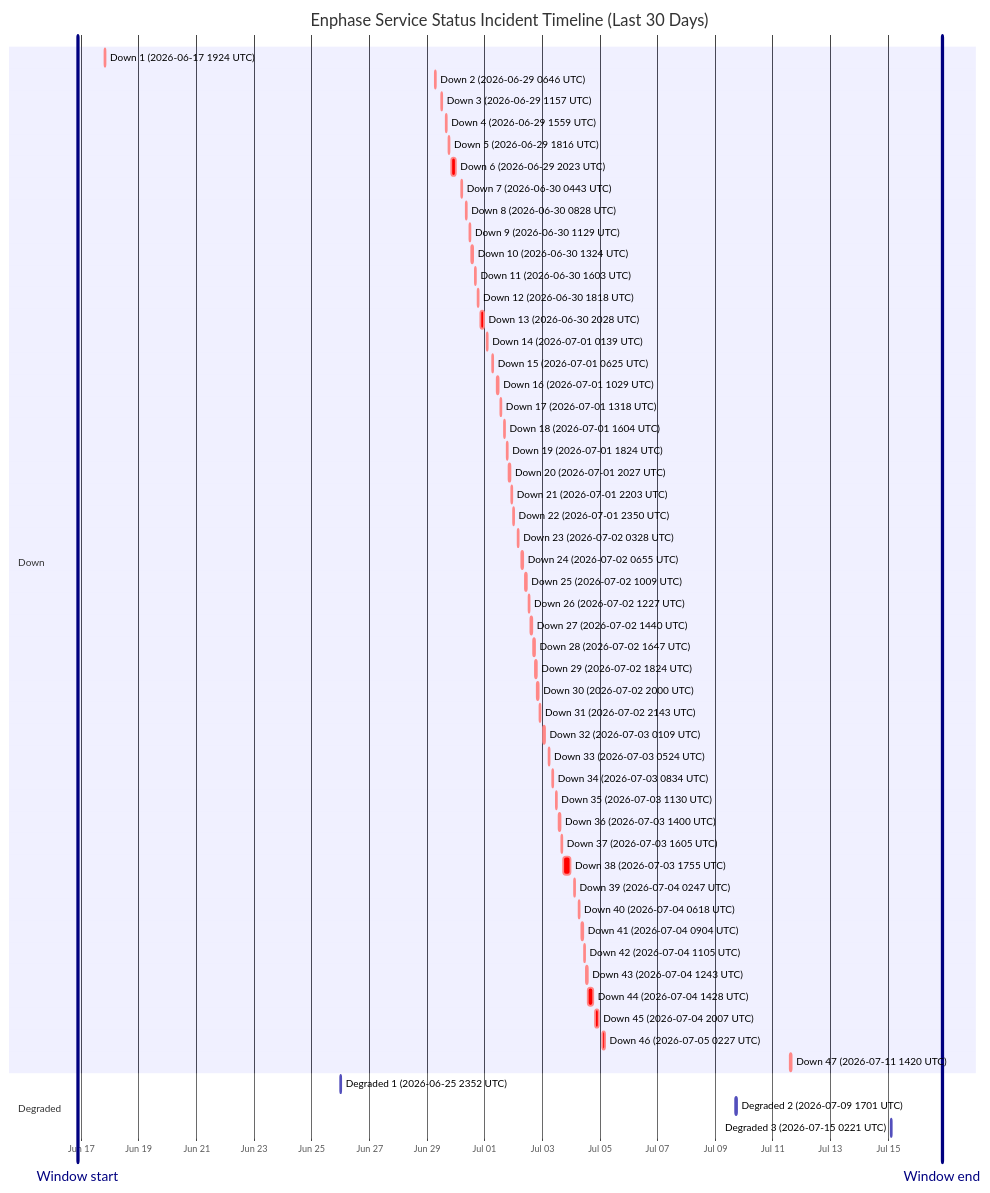
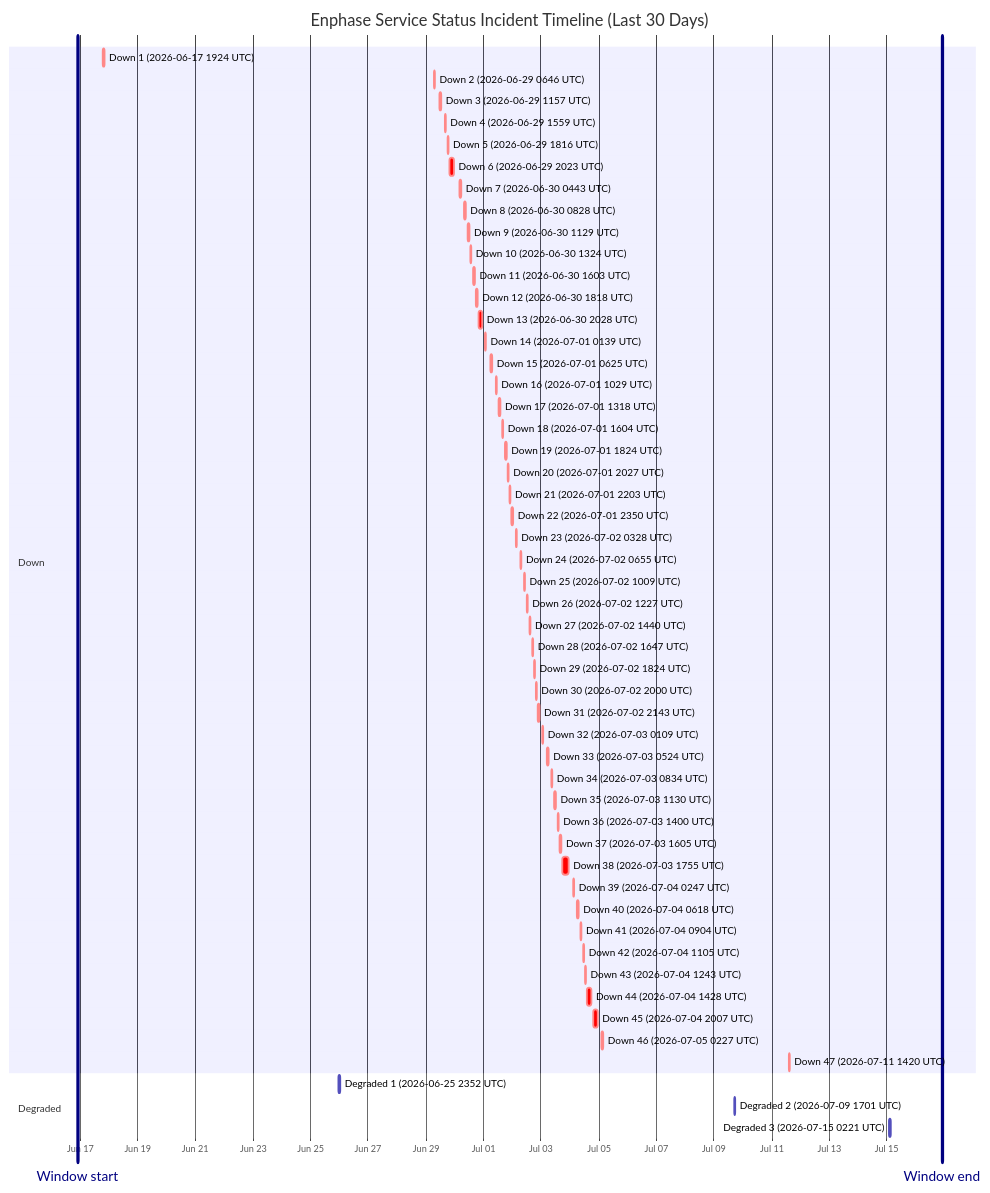
Before and after one commit to barneyonline/ha-enphase-energy: the diagram in wiki/Service-Status-History.md, drawn with Mermaid. The commit also changed other lines of this file and 3 other files, not shown here.

````diff
--- a/wiki/Service-Status-History.md
+++ b/wiki/Service-Status-History.md
@@ -14,60 +14,60 @@
 ```mermaid
 gantt
     title Enphase Service Status Incident Timeline (Last 30 Days)
     dateFormat  YYYY-MM-DDTHH:mm:ss
     axisFormat  %b %d
-    Window start :vert, window-start, 2026-06-16T20:55:19, 0ms
-    Window end :vert, window-end, 2026-07-16T20:55:19, 0ms
+    Window start :vert, window-start, 2026-06-16T22:02:39, 0ms
+    Window end :vert, window-end, 2026-07-16T22:02:39, 0ms
     section Down
     Down 1 (2026-06-17 1924 UTC) :crit, down-1, 2026-06-17T19:24:51, 60m
     Down 2 (2026-06-29 0646 UTC) :crit, down-2, 2026-06-29T06:46:18, 60m
     Down 3 (2026-06-29 1157 UTC) :crit, down-3, 2026-06-29T11:57:36, 60m
     Down 4 (2026-06-29 1559 UTC) :crit, down-4, 2026-06-29T15:59:02, 60m
     Down 5 (2026-06-29 1816 UTC) :crit, down-5, 2026-06-29T18:16:38, 60m
     Down 6 (2026-06-29 2023 UTC) :crit, down-6, 2026-06-29T20:23:16, 220m
     Down 7 (2026-06-30 0443 UTC) :crit, down-7, 2026-06-30T04:43:54, 60m
     Down 8 (2026-06-30 0828 UTC) :crit, down-8, 2026-06-30T08:28:43, 60m
     Down 9 (2026-06-30 1129 UTC) :crit, down-9, 2026-06-30T11:29:15, 60m
     Down 10 (2026-06-30 1324 UTC) :crit, down-10, 2026-06-30T13:24:25, 60m
     Down 11 (2026-06-30 1603 UTC) :crit, down-11, 2026-06-30T16:03:26, 60m
     Down 12 (2026-06-30 1818 UTC) :crit, down-12, 2026-06-30T18:18:39, 60m
     Down 13 (2026-06-30 2028 UTC) :crit, down-13, 2026-06-30T20:28:54, 171m
     Down 14 (2026-07-01 0139 UTC) :crit, down-14, 2026-07-01T01:39:18, 60m
     Down 15 (2026-07-01 0625 UTC) :crit, down-15, 2026-07-01T06:25:35, 60m
     Down 16 (2026-07-01 1029 UTC) :crit, down-16, 2026-07-01T10:29:24, 60m
     Down 17 (2026-07-01 1318 UTC) :crit, down-17, 2026-07-01T13:18:31, 60m
     Down 18 (2026-07-01 1604 UTC) :crit, down-18, 2026-07-01T16:04:29, 60m
     Down 19 (2026-07-01 1824 UTC) :crit, down-19, 2026-07-01T18:24:21, 60m
     Down 20 (2026-07-01 2027 UTC) :crit, down-20, 2026-07-01T20:27:17, 60m
     Down 21 (2026-07-01 2203 UTC) :crit, down-21, 2026-07-01T22:03:46, 60m
     Down 22 (2026-07-01 2350 UTC) :crit, down-22, 2026-07-01T23:50:52, 60m
     Down 23 (2026-07-02 0328 UTC) :crit, down-23, 2026-07-02T03:28:33, 60m
     Down 24 (2026-07-02 0655 UTC) :crit, down-24, 2026-07-02T06:55:07, 60m
     Down 25 (2026-07-02 1009 UTC) :crit, down-25, 2026-07-02T10:09:15, 60m
     Down 26 (2026-07-02 1227 UTC) :crit, down-26, 2026-07-02T12:27:49, 60m
     Down 27 (2026-07-02 1440 UTC) :crit, down-27, 2026-07-02T14:40:53, 60m
     Down 28 (2026-07-02 1647 UTC) :crit, down-28, 2026-07-02T16:47:47, 60m
     Down 29 (2026-07-02 1824 UTC) :crit, down-29, 2026-07-02T18:24:26, 60m
     Down 30 (2026-07-02 2000 UTC) :crit, down-30, 2026-07-02T20:00:57, 60m
     Down 31 (2026-07-02 2143 UTC) :crit, down-31, 2026-07-02T21:43:52, 80m
     Down 32 (2026-07-03 0109 UTC) :crit, down-32, 2026-07-03T01:09:19, 60m
     Down 33 (2026-07-03 0524 UTC) :crit, down-33, 2026-07-03T05:24:23, 60m
     Down 34 (2026-07-03 0834 UTC) :crit, down-34, 2026-07-03T08:34:05, 60m
     Down 35 (2026-07-03 1130 UTC) :crit, down-35, 2026-07-03T11:30:41, 60m
     Down 36 (2026-07-03 1400 UTC) :crit, down-36, 2026-07-03T14:00:48, 60m
     Down 37 (2026-07-03 1605 UTC) :crit, down-37, 2026-07-03T16:05:49, 60m
     Down 38 (2026-07-03 1755 UTC) :crit, down-38, 2026-07-03T17:55:54, 338m
     Down 39 (2026-07-04 0247 UTC) :crit, down-39, 2026-07-04T02:47:22, 60m
     Down 40 (2026-07-04 0618 UTC) :crit, down-40, 2026-07-04T06:18:09, 60m
     Down 41 (2026-07-04 0904 UTC) :crit, down-41, 2026-07-04T09:04:41, 60m
     Down 42 (2026-07-04 1105 UTC) :crit, down-42, 2026-07-04T11:05:21, 60m
     Down 43 (2026-07-04 1243 UTC) :crit, down-43, 2026-07-04T12:43:25, 60m
     Down 44 (2026-07-04 1428 UTC) :crit, down-44, 2026-07-04T14:28:07, 243m
     Down 45 (2026-07-04 2007 UTC) :crit, down-45, 2026-07-04T20:07:50, 206m
     Down 46 (2026-07-05 0227 UTC) :crit, down-46, 2026-07-05T02:27:32, 109m
     Down 47 (2026-07-11 1420 UTC) :crit, down-47, 2026-07-11T14:20:54, 69m
     section Degraded
     Degraded 1 (2026-06-25 2352 UTC) :active, degraded-1, 2026-06-25T23:52:01, 60m
     Degraded 2 (2026-07-09 1701 UTC) :active, degraded-2, 2026-07-09T17:01:02, 60m
     Degraded 3 (2026-07-15 0221 UTC) :active, degraded-3, 2026-07-15T02:21:35, 60m
 ```
````
